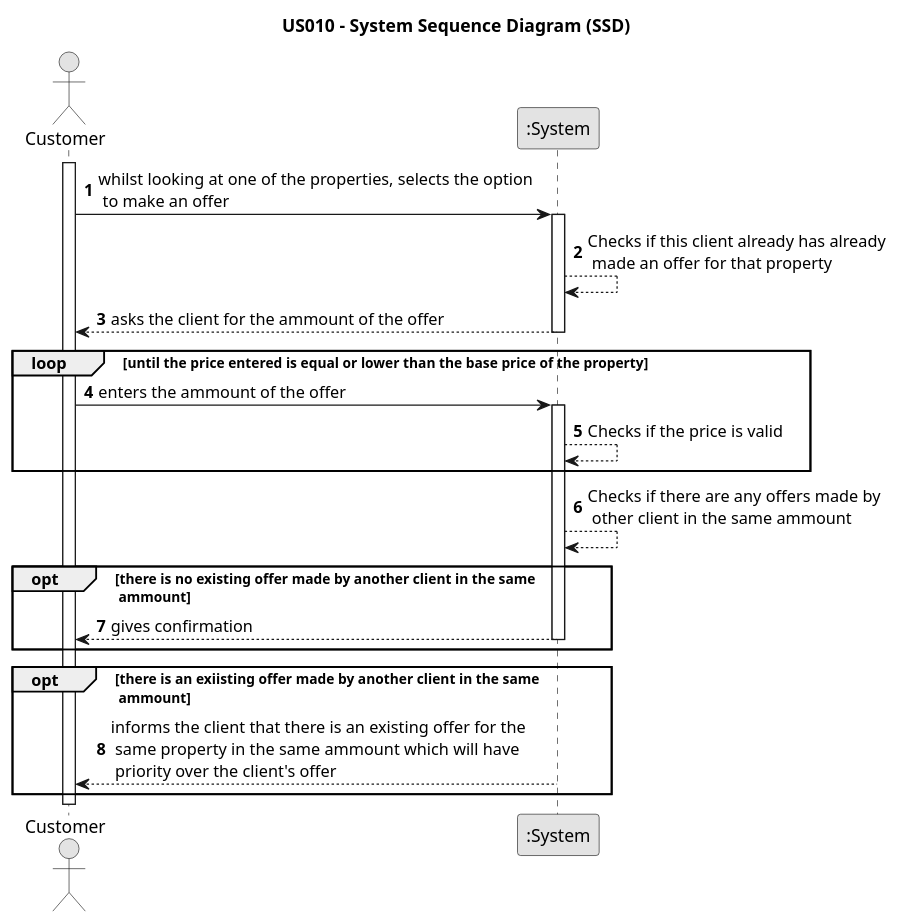
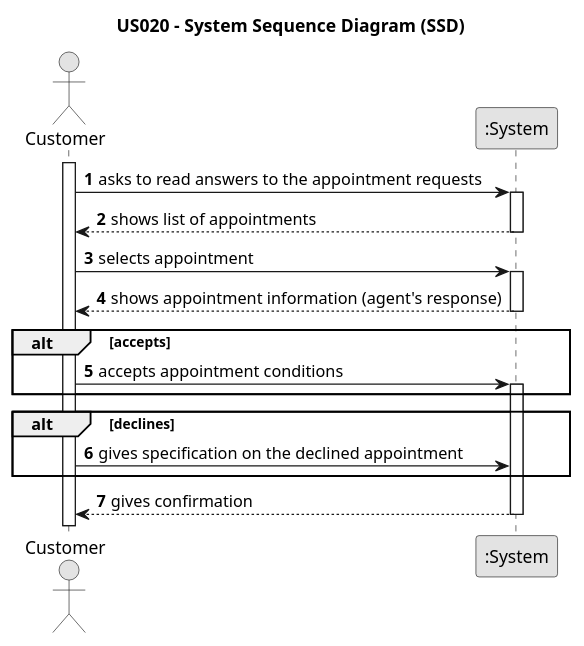
One commit to 1220812/LAPR2 changed the diagram in docs/sprintD/us020/01.requirements-engineering/puml/us020-system-sequence-diagram.puml. Above: the diagram before and after it, drawn with PlantUML. The commit also changed 11 other files, not shown here.

```diff
--- a/docs/sprintD/us020/01.requirements-engineering/puml/us020-system-sequence-diagram.puml
+++ b/docs/sprintD/us020/01.requirements-engineering/puml/us020-system-sequence-diagram.puml
@@ -1,45 +1,42 @@
-@startuml
+ @startuml
 skinparam monochrome true
 skinparam packageStyle rectangle
 skinparam shadowing false
 
-title US010 - System Sequence Diagram (SSD)
+title US020 - System Sequence Diagram (SSD)
 
 autonumber
 
 actor Customer as Customer
 participant ":System" as System
 
 activate Customer
 
-    Customer -> System : whilst looking at one of the properties, selects the option \n to make an offer
+    Customer -> System : asks to read answers to the appointment requests
 
     activate System
 
-    System --> System : Checks if this client already has already\n made an offer for that property
-
-        System --> Customer : asks the client for the ammount of the offer
+        System --> Customer : shows list of appointments
     deactivate System
 
-loop until the price entered is equal or lower than the base price of the property
-
-    Customer -> System : enters the ammount of the offer
+    Customer -> System : selects appointment
 
     activate System
 
-    System --> System : Checks if the price is valid
-
-end loop
-
-    System --> System : Checks if there are any offers made by\n other client in the same ammount
-
-opt there is no existing offer made by another client in the same\n ammount
-            System --> Customer : gives confirmation
+        System --> Customer : shows appointment information (agent's response)
     deactivate System
+alt accepts
+    Customer -> System : accepts appointment conditions
+        activate System
 end
 
-opt there is an exiisting offer made by another client in the same\n ammount
-        System --> Customer : informs the client that there is an existing offer for the\n same property in the same ammount which will have\n priority over the client's offer
+alt declines
+        Customer -> System : gives specification on the declined appointment
 end
+            System --> Customer : gives confirmation
+        deactivate System
+
+
+
 
 @enduml
```
